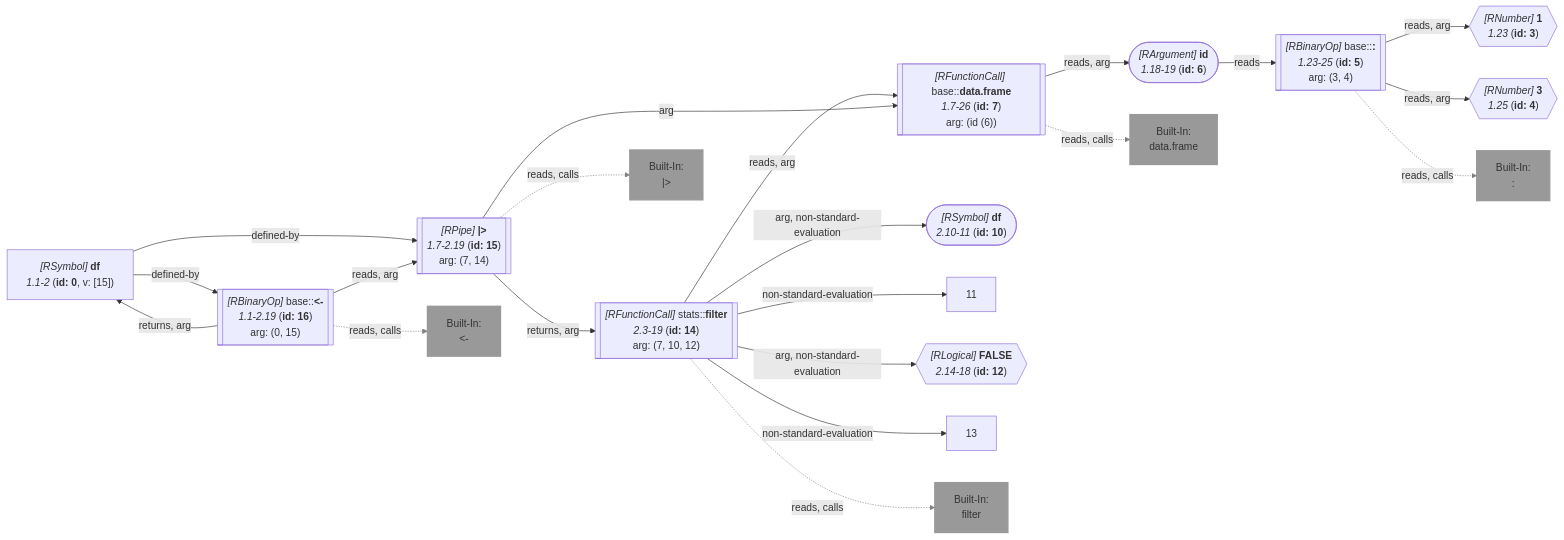
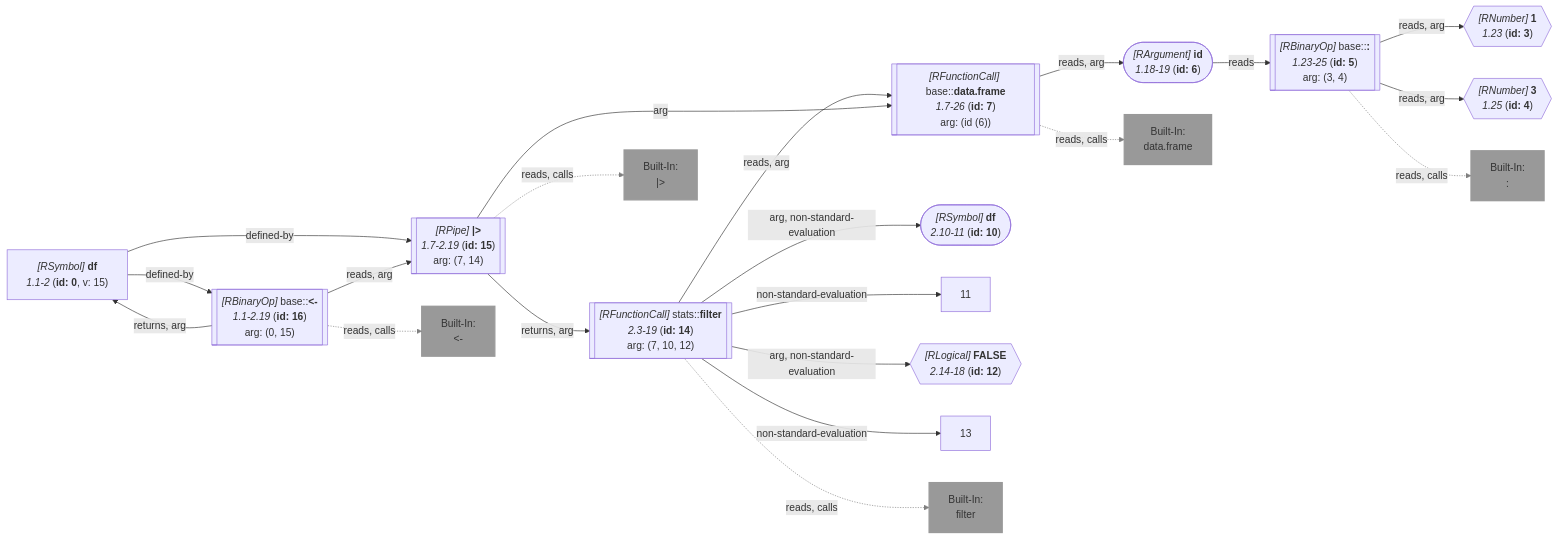
Before and after one commit to flowr-analysis/flowr: the second of 21 diagrams in wiki/Query API.md, drawn with Mermaid. The commit also changed other lines of this file and 134 other files, not shown here.

````diff
--- a/wiki/Query API.md
+++ b/wiki/Query API.md
@@ -953,74 +969,74 @@
 ```mermaid
 flowchart LR
     3{{"`*#91;RNumber#93;* **1**
       *1.23* (**id: 3**)`"}}
    %% No edges found for 3
     4{{"`*#91;RNumber#93;* **3**
       *1.25* (**id: 4**)`"}}
    %% No edges found for 4
     5[["`*#91;RBinaryOp#93;* base#58;#58;**#58;**
       *1.23-25* (**id: 5**)
     arg: (3, 4)`"]]
     built-in::["`Built-In:
 #58;`"]
     style built-in:: stroke:gray,fill:gray,stroke-width:2px,opacity:.8;
     6(["`*#91;RArgument#93;* **id**
       *1.18-19* (**id: 6**)`"])
     7[["`*#91;RFunctionCall#93;* base#58;#58;**data.frame**
       *1.7-26* (**id: 7**)
     arg: (id (6))`"]]
-    built-in:data_frame["`Built-In:
+    built-in:data.frame["`Built-In:
 data.frame`"]
-    style built-in:data_frame stroke:gray,fill:gray,stroke-width:2px,opacity:.8;
+    style built-in:data.frame stroke:gray,fill:gray,stroke-width:2px,opacity:.8;
     10(["`*#91;RSymbol#93;* **df**
       *2.10-11* (**id: 10**)`"])
    %% No edges found for 10
     12{{"`*#91;RLogical#93;* **FALSE**
       *2.14-18* (**id: 12**)`"}}
    %% No edges found for 12
     14[["`*#91;RFunctionCall#93;* stats#58;#58;**filter**
       *2.3-19* (**id: 14**)
     arg: (7, 10, 12)`"]]
     built-in:filter["`Built-In:
 filter`"]
     style built-in:filter stroke:gray,fill:gray,stroke-width:2px,opacity:.8;
     15[["`*#91;RPipe#93;* **|#62;**
       *1.7-2.19* (**id: 15**)
     arg: (7, 14)`"]]
     built-in:__["`Built-In:
 |#62;`"]
     style built-in:__ stroke:gray,fill:gray,stroke-width:2px,opacity:.8;
     0["`*#91;RSymbol#93;* **df**
-      *1.1-2* (**id: 0**, v: [15])`"]
+      *1.1-2* (**id: 0**, v: 15)`"]
     16[["`*#91;RBinaryOp#93;* base#58;#58;**#60;#45;**
       *1.1-2.19* (**id: 16**)
     arg: (0, 15)`"]]
     built-in:_-["`Built-In:
 #60;#45;`"]
     style built-in:_- stroke:gray,fill:gray,stroke-width:2px,opacity:.8;
     5 -->|"reads, arg"| 3
     5 -->|"reads, arg"| 4
     5 -.->|"reads, calls"| built-in::
     linkStyle 2 stroke:gray;
     6 -->|"reads"| 5
     7 -->|"reads, arg"| 6
-    7 -.->|"reads, calls"| built-in:data_frame
+    7 -.->|"reads, calls"| built-in:data.frame
     linkStyle 5 stroke:gray;
     14 -->|"arg, non-standard-evaluation"| 10
     14 -->|"arg, non-standard-evaluation"| 12
     14 -->|"reads, arg"| 7
     14 -->|"non-standard-evaluation"| 11
     14 -->|"non-standard-evaluation"| 13
     14 -.->|"reads, calls"| built-in:filter
     linkStyle 11 stroke:gray;
     15 -->|"arg"| 7
     15 -->|"returns, arg"| 14
     15 -.->|"reads, calls"| built-in:__
     linkStyle 14 stroke:gray;
     0 -->|"defined-by"| 15
     0 -->|"defined-by"| 16
     16 -->|"reads, arg"| 15
     16 -->|"returns, arg"| 0
     16 -.->|"reads, calls"| built-in:_-
     linkStyle 19 stroke:gray;
 ```
````
